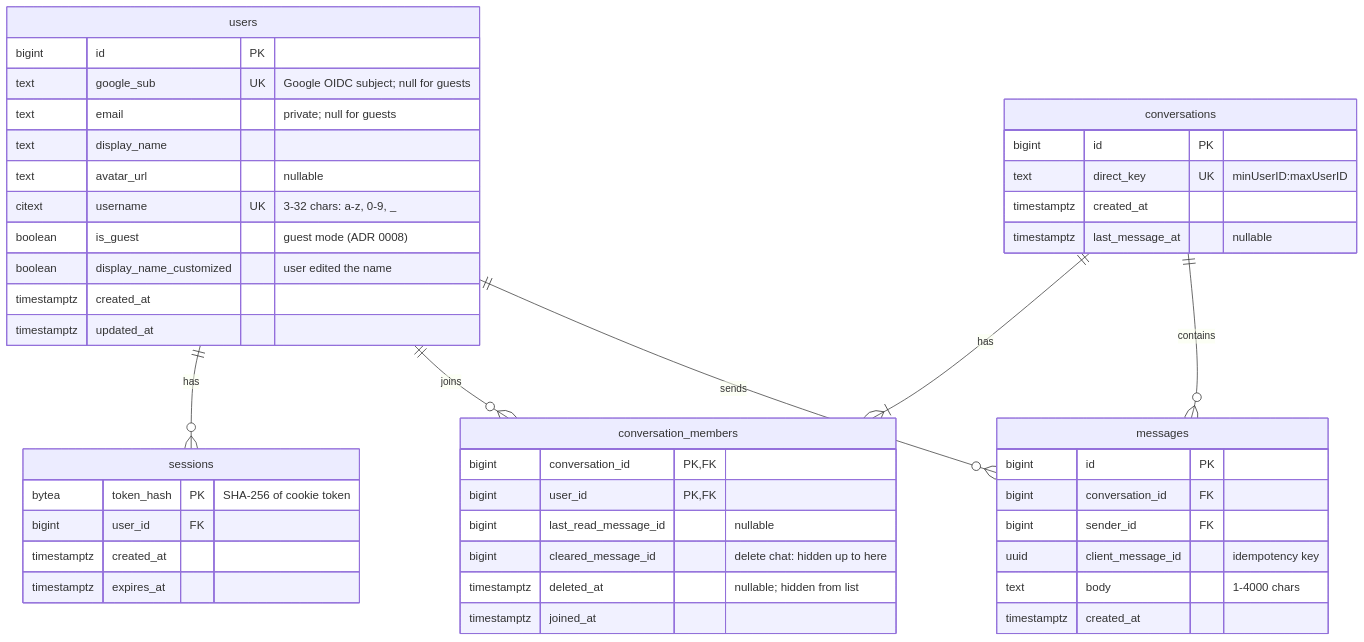
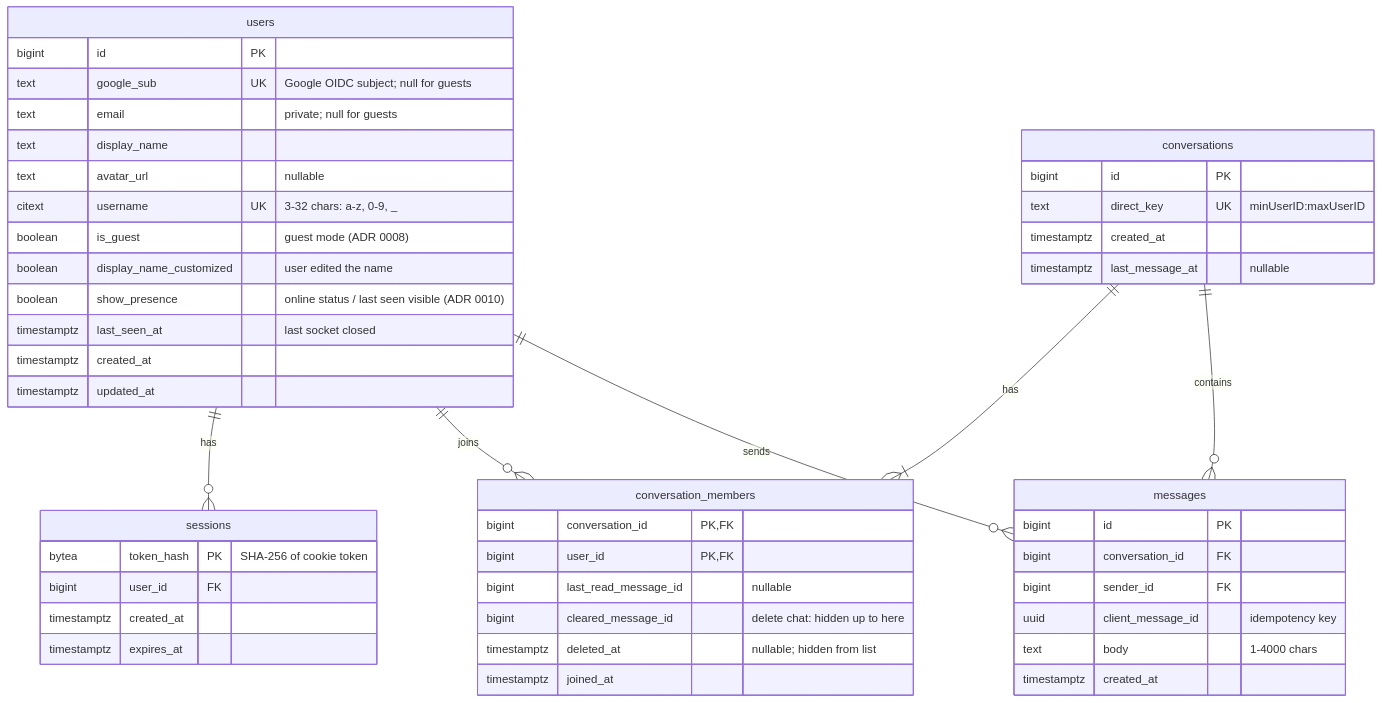
One commit to tosrv/personal-messenger changed the diagram in docs/database.md. Above: the diagram before and after it, drawn with Mermaid. The commit also changed other lines of this file and 5 other files, not shown here.

````diff
--- a/docs/database.md
+++ b/docs/database.md
@@ -7,49 +7,51 @@
 ```mermaid
 erDiagram
     users ||--o{ sessions : "has"
     users ||--o{ conversation_members : "joins"
     conversations ||--|{ conversation_members : "has"
     conversations ||--o{ messages : "contains"
     users ||--o{ messages : "sends"
 
     users {
         bigint id PK
         text google_sub UK "Google OIDC subject; null for guests"
         text email "private; null for guests"
         text display_name
         text avatar_url "nullable"
         citext username UK "3-32 chars: a-z, 0-9, _"
         boolean is_guest "guest mode (ADR 0008)"
         boolean display_name_customized "user edited the name"
+        boolean show_presence "online status / last seen visible (ADR 0010)"
+        timestamptz last_seen_at "last socket closed"
         timestamptz created_at
         timestamptz updated_at
     }
     sessions {
         bytea token_hash PK "SHA-256 of cookie token"
         bigint user_id FK
         timestamptz created_at
         timestamptz expires_at
     }
     conversations {
         bigint id PK
         text direct_key UK "minUserID:maxUserID"
         timestamptz created_at
         timestamptz last_message_at "nullable"
     }
     conversation_members {
         bigint conversation_id PK, FK
         bigint user_id PK, FK
         bigint last_read_message_id "nullable"
         bigint cleared_message_id "delete chat: hidden up to here"
         timestamptz deleted_at "nullable; hidden from list"
         timestamptz joined_at
     }
     messages {
         bigint id PK
         bigint conversation_id FK
         bigint sender_id FK
         uuid client_message_id "idempotency key"
         text body "1-4000 chars"
         timestamptz created_at
     }
 ```
````
